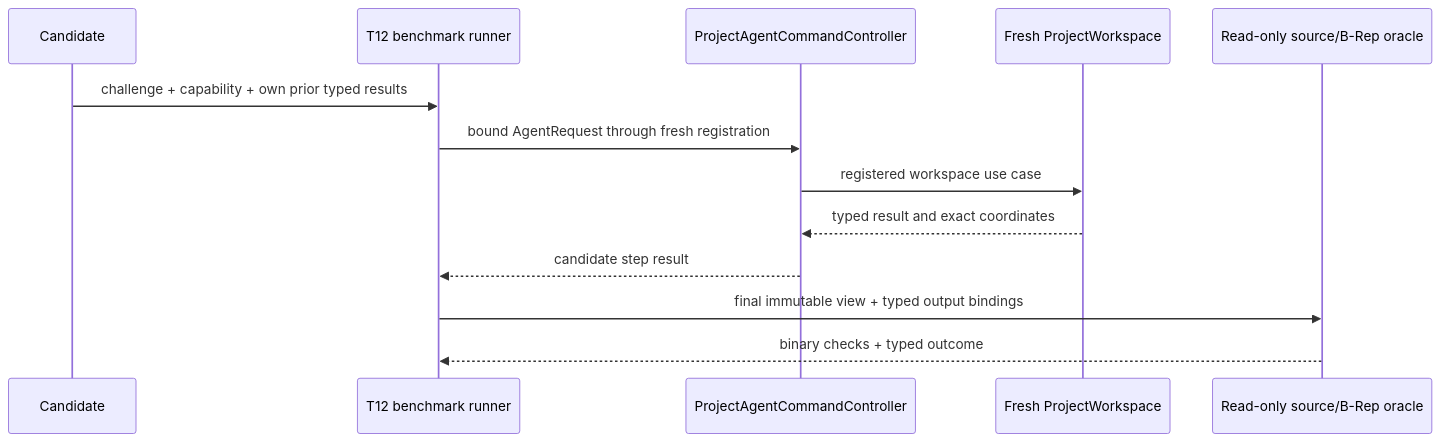
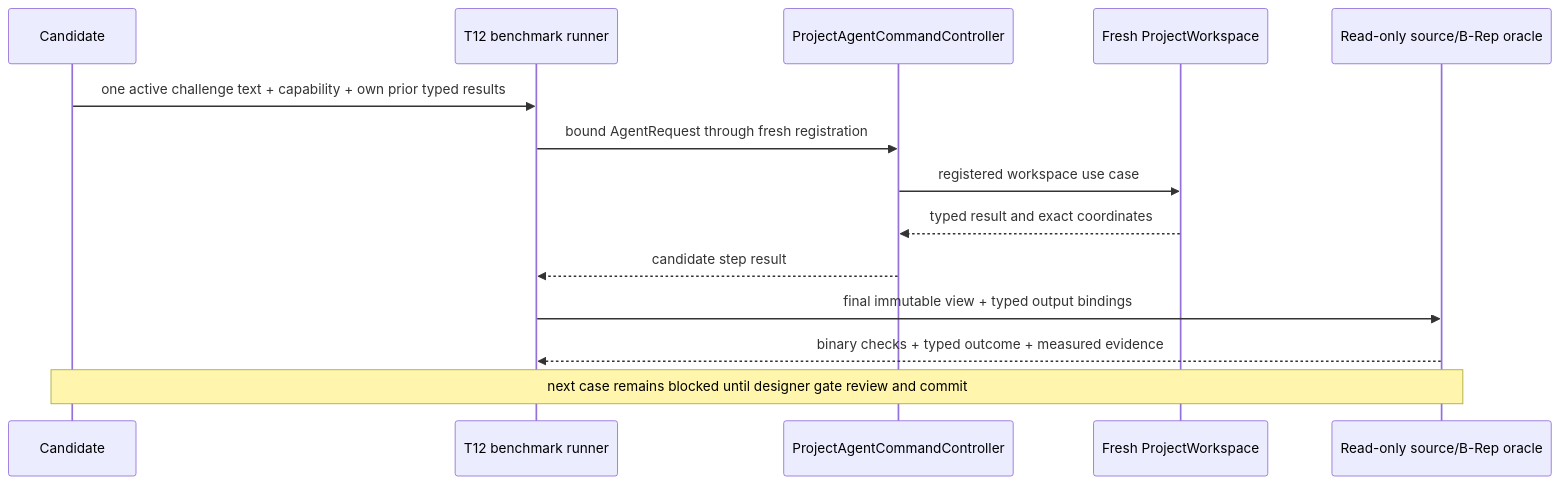
The third of 3 diagrams in DESIGN.md (1amageek/Rupa), drawn with Mermaid before and after one commit. The commit also changed other lines of this file and 71 other files, not shown here.

````diff
--- a/DESIGN.md
+++ b/DESIGN.md
@@ -158,15 +169,16 @@
 ```mermaid
 sequenceDiagram
     participant C as Candidate
     participant B as T12 benchmark runner
     participant A as ProjectAgentCommandController
     participant W as Fresh ProjectWorkspace
     participant O as Read-only source/B-Rep oracle
-    C->>B: challenge + capability + own prior typed results
+    C->>B: one active challenge text + capability + own prior typed results
     B->>A: bound AgentRequest through fresh registration
     A->>W: registered workspace use case
     W-->>A: typed result and exact coordinates
     A-->>B: candidate step result
     B->>O: final immutable view + typed output bindings
-    O-->>B: binary checks + typed outcome
+    O-->>B: binary checks + typed outcome + measured evidence
+    Note over C,O: next case remains blocked until designer gate review and commit
 ```
````
